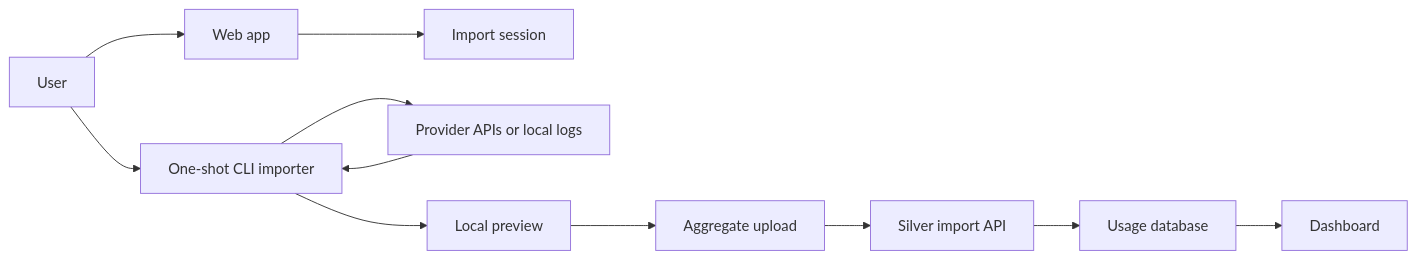
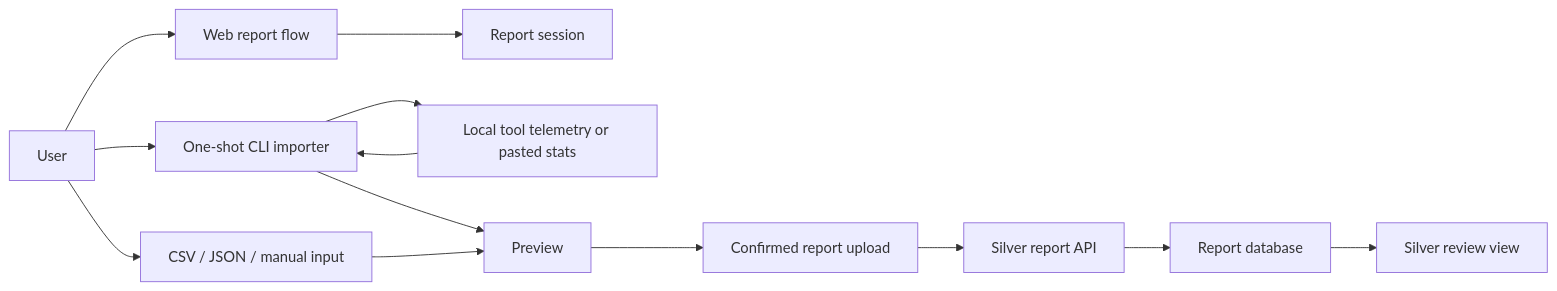
Before and after one commit to Zogar89/silver-usage-report: the first of 2 diagrams in docs/architecture.md, drawn with Mermaid. The commit also changed other lines of this file and 11 other files, not shown here.

Commit message:
docs: define silver usage report scope

````diff
--- a/docs/architecture.md
+++ b/docs/architecture.md
@@ -10,13 +29,15 @@
 ```mermaid
 flowchart LR
-  User["User"] --> Web["Web app"]
-  Web --> Session["Import session"]
+  User["User"] --> Web["Web report flow"]
+  Web --> Session["Report session"]
   User --> CLI["One-shot CLI importer"]
-  CLI --> Providers["Provider APIs or local logs"]
-  Providers --> CLI
-  CLI --> Preview["Local preview"]
-  Preview --> Upload["Aggregate upload"]
-  Upload --> API["Silver import API"]
-  API --> DB["Usage database"]
-  DB --> Dashboard["Dashboard"]
+  User --> Manual["CSV / JSON / manual input"]
+  CLI --> Sources["Local tool telemetry or pasted stats"]
+  Sources --> CLI
+  CLI --> Preview["Preview"]
+  Manual --> Preview
+  Preview --> Upload["Confirmed report upload"]
+  Upload --> API["Silver report API"]
+  API --> DB["Report database"]
+  DB --> Admin["Silver review view"]
 ```
````
